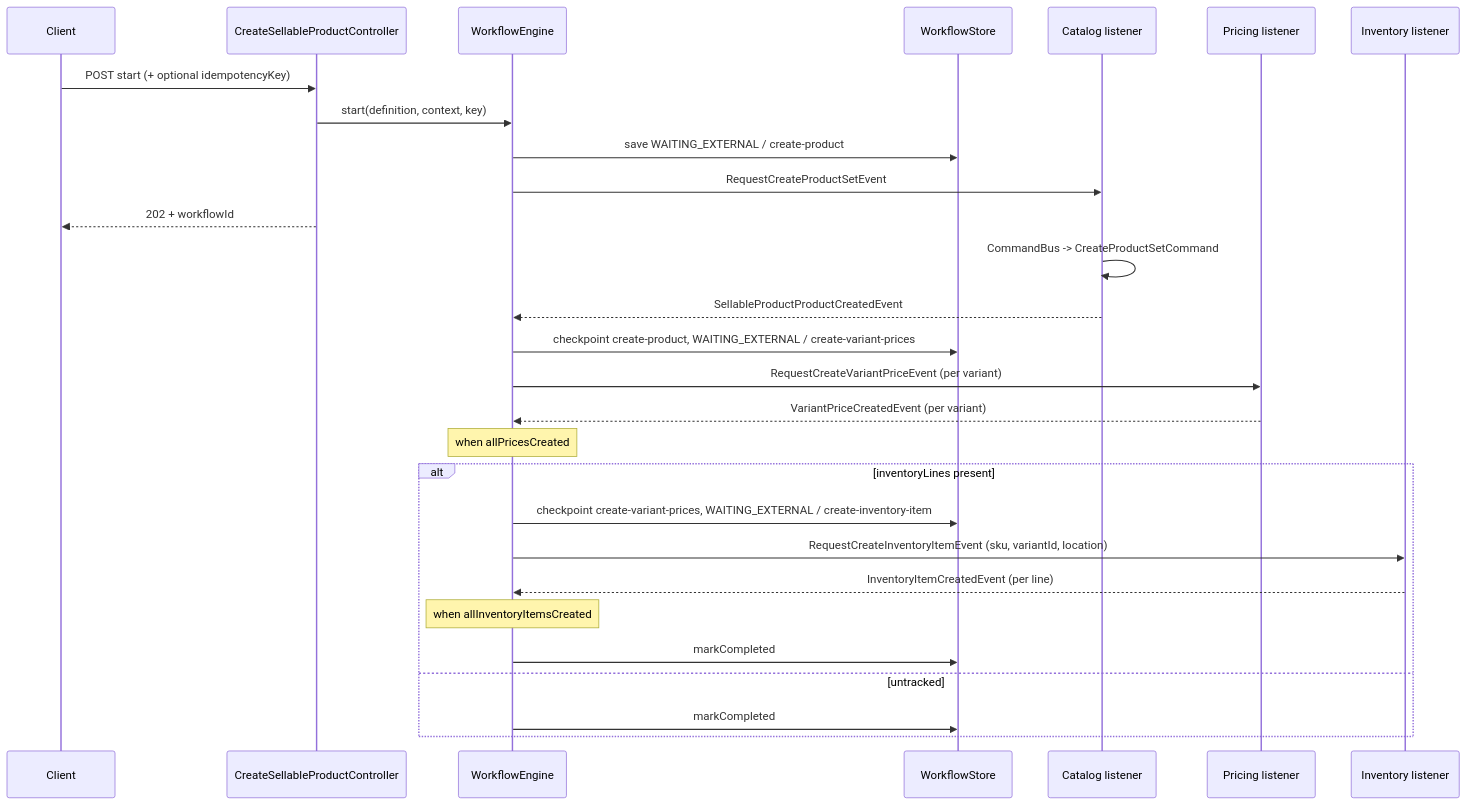
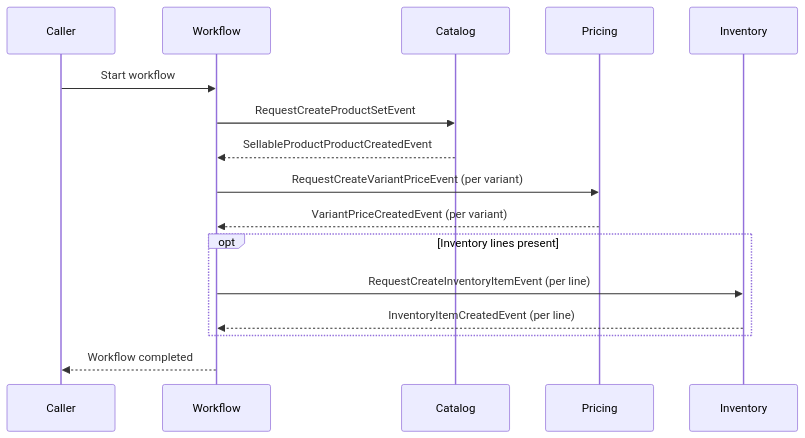
Before and after one commit to khinemyaezin/grab: the first of 2 diagrams in docs/workflows/create-sellable-product.md, drawn with Mermaid. The commit also changed other lines of this file and 43 other files, not shown here.

Commit message:
feat: enhance sellable product integration with variantId and partial application support

````diff
--- a/docs/workflows/create-sellable-product.md
+++ b/docs/workflows/create-sellable-product.md
@@ -104,33 +35,19 @@
 ```mermaid
 sequenceDiagram
-    participant Client
-    participant API as CreateSellableProductController
-    participant E as WorkflowEngine
-    participant WS as WorkflowStore
-    participant Cat as Catalog listener
-    participant Price as Pricing listener
-    participant Inv as Inventory listener
+    participant Caller
+    participant Workflow
+    participant Catalog
+    participant Pricing
+    participant Inventory
 
-    Client->>API: POST start (+ optional idempotencyKey)
-    API->>E: start(definition, context, key)
-    E->>WS: save WAITING_EXTERNAL / create-product
-    E->>Cat: RequestCreateProductSetEvent
-    API-->>Client: 202 + workflowId
-
-    Cat->>Cat: CommandBus -> CreateProductSetCommand
-    Cat-->>E: SellableProductProductCreatedEvent
-    E->>WS: checkpoint create-product, WAITING_EXTERNAL / create-variant-prices
-    E->>Price: RequestCreateVariantPriceEvent (per variant)
-
-    Price-->>E: VariantPriceCreatedEvent (per variant)
-    Note over E: when allPricesCreated
-    alt inventoryLines present
-        E->>WS: checkpoint create-variant-prices, WAITING_EXTERNAL / create-inventory-item
-        E->>Inv: RequestCreateInventoryItemEvent (sku, variantId, location)
-        Inv-->>E: InventoryItemCreatedEvent (per line)
-        Note over E: when allInventoryItemsCreated
-        E->>WS: markCompleted
-    else untracked
-        E->>WS: markCompleted
+    Caller->>Workflow: Start workflow
+    Workflow->>Catalog: RequestCreateProductSetEvent
+    Catalog-->>Workflow: SellableProductProductCreatedEvent
+    Workflow->>Pricing: RequestCreateVariantPriceEvent (per variant)
+    Pricing-->>Workflow: VariantPriceCreatedEvent (per variant)
+    opt Inventory lines present
+        Workflow->>Inventory: RequestCreateInventoryItemEvent (per line)
+        Inventory-->>Workflow: InventoryItemCreatedEvent (per line)
     end
+    Workflow-->>Caller: Workflow completed
 ```
````
